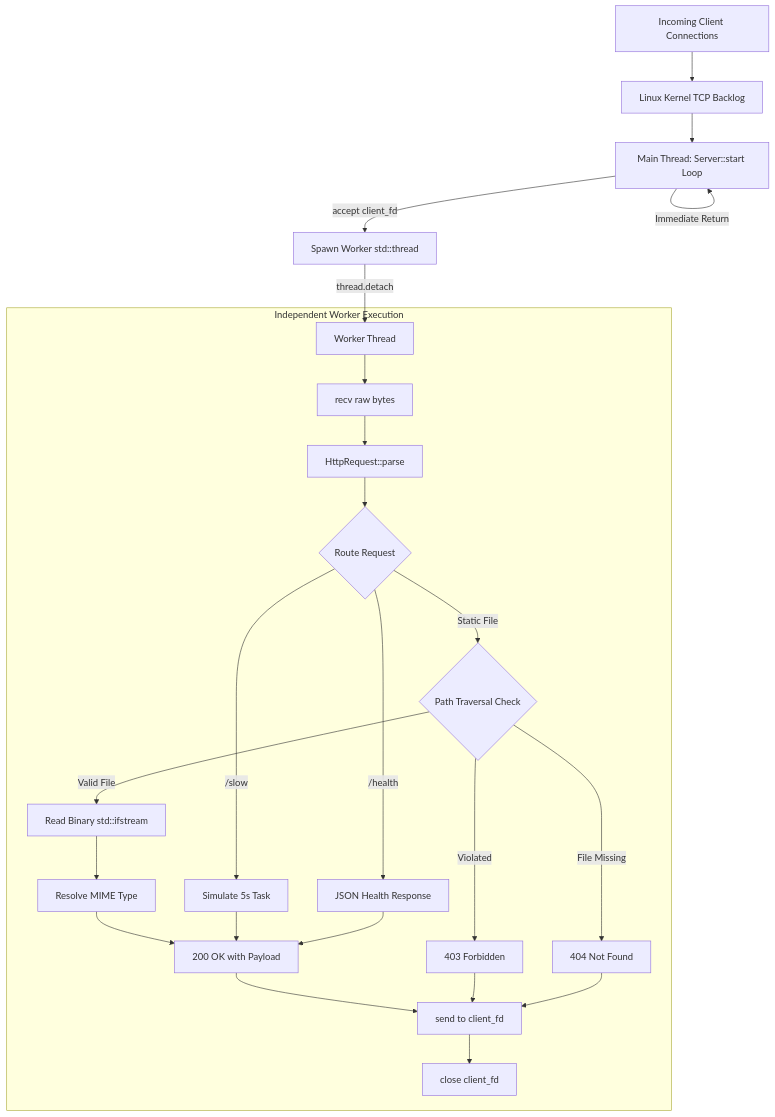
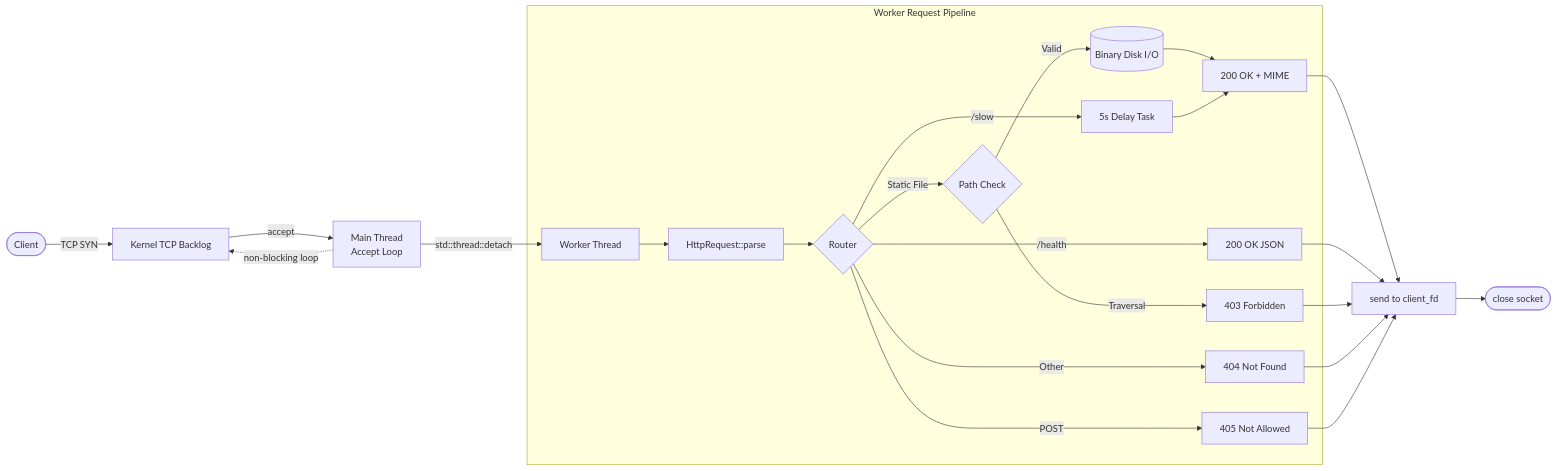
The diagram in README.md (Anvi-g/vortex-http-server), drawn with Mermaid before and after one commit. The commit also changed other lines of this file, not shown here.

Commit message:
docs: update architecture pipeline diagram, module breakdown, and future roadmap

````diff
--- a/README.md
+++ b/README.md
@@ -25,28 +25,30 @@
 ```mermaid
-flowchart TD
-    Client[Incoming Client Connections] --> Kernel[Linux Kernel TCP Backlog]
-    Kernel --> MainThread[Main Thread: Server::start Loop]
-    MainThread -->|accept client_fd| Spawn[Spawn Worker std::thread]
-    Spawn -->|thread.detach| Worker[Worker Thread]
-    MainThread -->|Immediate Return| MainThread
+flowchart LR
+    Client([Client]) -->|TCP SYN| Backlog[Kernel TCP Backlog]
+    Backlog -->|accept| Main[Main Thread<br/>Accept Loop]
+    Main -->|std::thread::detach| Worker[Worker Thread]
+    Main -.->|non-blocking loop| Backlog
 
-    subgraph WorkerExecution [Independent Worker Execution]
-        Worker --> Recv[recv raw bytes]
-        Recv --> Parser[HttpRequest::parse]
-        Parser --> Router{Route Request}
-        Router -->|/slow| Slow[Simulate 5s Task]
-        Router -->|/health| Health[JSON Health Response]
-        Router -->|Static File| Security{Path Traversal Check}
-        Security -->|Violated| Res403[403 Forbidden]
-        Security -->|File Missing| Res404[404 Not Found]
-        Security -->|Valid File| FileReader[Read Binary std::ifstream]
-        FileReader --> Mime[Resolve MIME Type]
-        Mime --> Res200[200 OK with Payload]
+    subgraph Pipeline [Worker Request Pipeline]
+        Worker --> Parse[HttpRequest::parse]
+        Parse --> Route{Router}
+        
+        Route -->|Static File| Security{Path Check}
+        Security -->|Valid| Disk[(Binary Disk I/O)]
+        Security -->|Traversal| Res403[403 Forbidden]
+        Disk --> Res200[200 OK + MIME]
+        
+        Route -->|/health| ResJSON[200 OK JSON]
+        Route -->|/slow| Slow[5s Delay Task]
+        Route -->|Other| Res404[404 Not Found]
+        Route -->|POST| Res405[405 Not Allowed]
         Slow --> Res200
-        Health --> Res200
-        Res200 --> Send[send to client_fd]
-        Res403 --> Send
-        Res404 --> Send
-        Send --> Close[close client_fd]
     end
+
+    Res200 --> Send[send to client_fd]
+    ResJSON --> Send
+    Res403 --> Send
+    Res404 --> Send
+    Res405 --> Send
+    Send --> Close([close socket])
 ```
````
